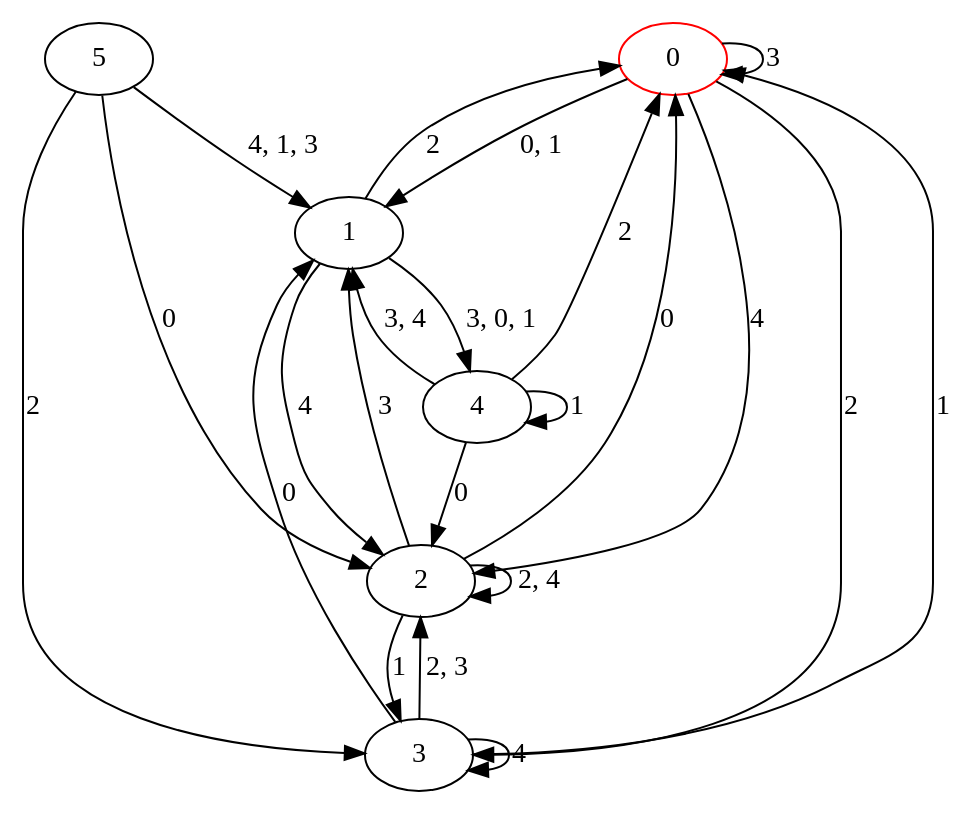
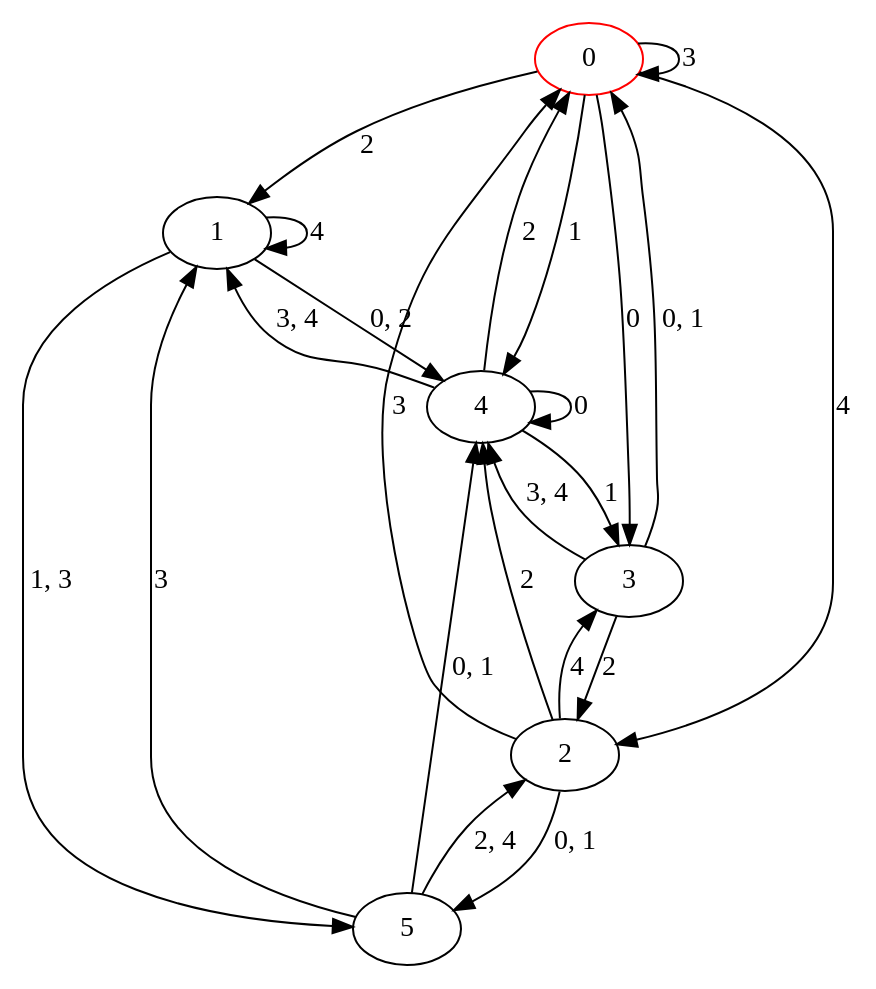
One commit to Jakub-Ciecierski/AutomatonOptimization changed the diagram in automata/res/dfa_s6_r5/s6_r5.dot. Above: the diagram before and after it, drawn with Graphviz. The commit also changed 41 other files, not shown here.

```diff
--- a/automata/res/dfa_s6_r5/s6_r5.dot
+++ b/automata/res/dfa_s6_r5/s6_r5.dot
@@ -1,30 +1,30 @@
 digraph g {
 0 [label= "0"] [color="red"];
 1 [label= "1"];
 2 [label= "2"];
 3 [label= "3"];
 4 [label= "4"];
 5 [label= "5"];
-0 -> 3[label= "2"];
+0 -> 3[label= "0"];
+0 -> 4[label= "1"];
+0 -> 1[label= "2"];
 0 -> 0[label= "3"];
 0 -> 2[label= "4"];
-1 -> 0[label= "2"];
-1 -> 2[label= "4"];
-2 -> 0[label= "0"];
-2 -> 3[label= "1"];
-2 -> 1[label= "3"];
-3 -> 1[label= "0"];
-3 -> 0[label= "1"];
-3 -> 3[label= "4"];
-4 -> 2[label= "0"];
-4 -> 4[label= "1"];
+1 -> 1[label= "4"];
+2 -> 4[label= "2"];
+2 -> 0[label= "3"];
+2 -> 3[label= "4"];
+3 -> 2[label= "2"];
+4 -> 4[label= "0"];
+4 -> 3[label= "1"];
 4 -> 0[label= "2"];
-5 -> 2[label= "0"];
-5 -> 3[label= "2"];
-0 -> 1[label= "0, 1"];
-1 -> 4[label= "3, 0, 1"];
-2 -> 2[label= "2, 4"];
-3 -> 2[label= "2, 3"];
+5 -> 1[label= "3"];
+1 -> 4[label= "0, 2"];
+1 -> 5[label= "1, 3"];
+2 -> 5[label= "0, 1"];
+3 -> 0[label= "0, 1"];
+3 -> 4[label= "3, 4"];
 4 -> 1[label= "3, 4"];
-5 -> 1[label= "4, 1, 3"];
+5 -> 4[label= "0, 1"];
+5 -> 2[label= "2, 4"];
 }
```
